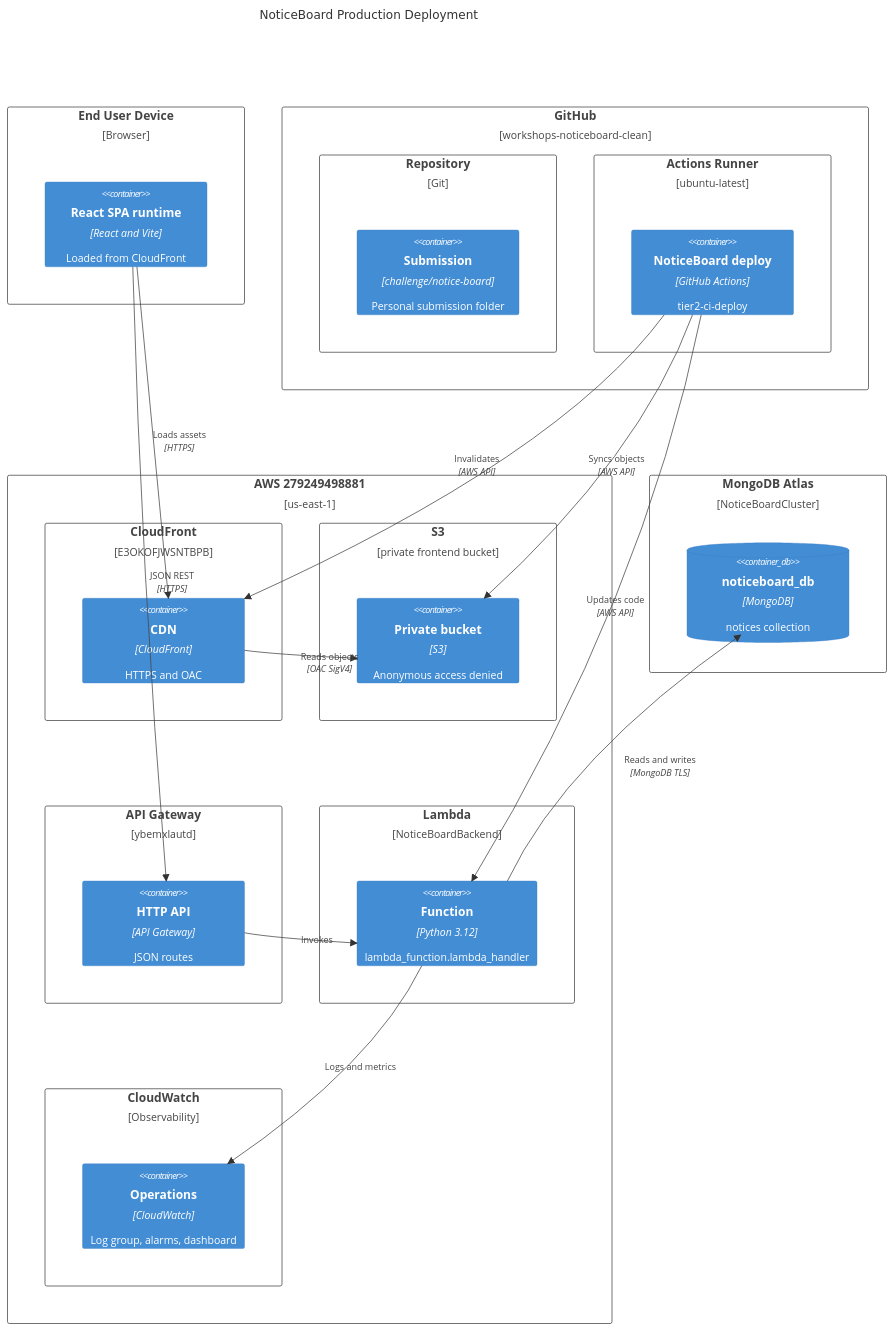
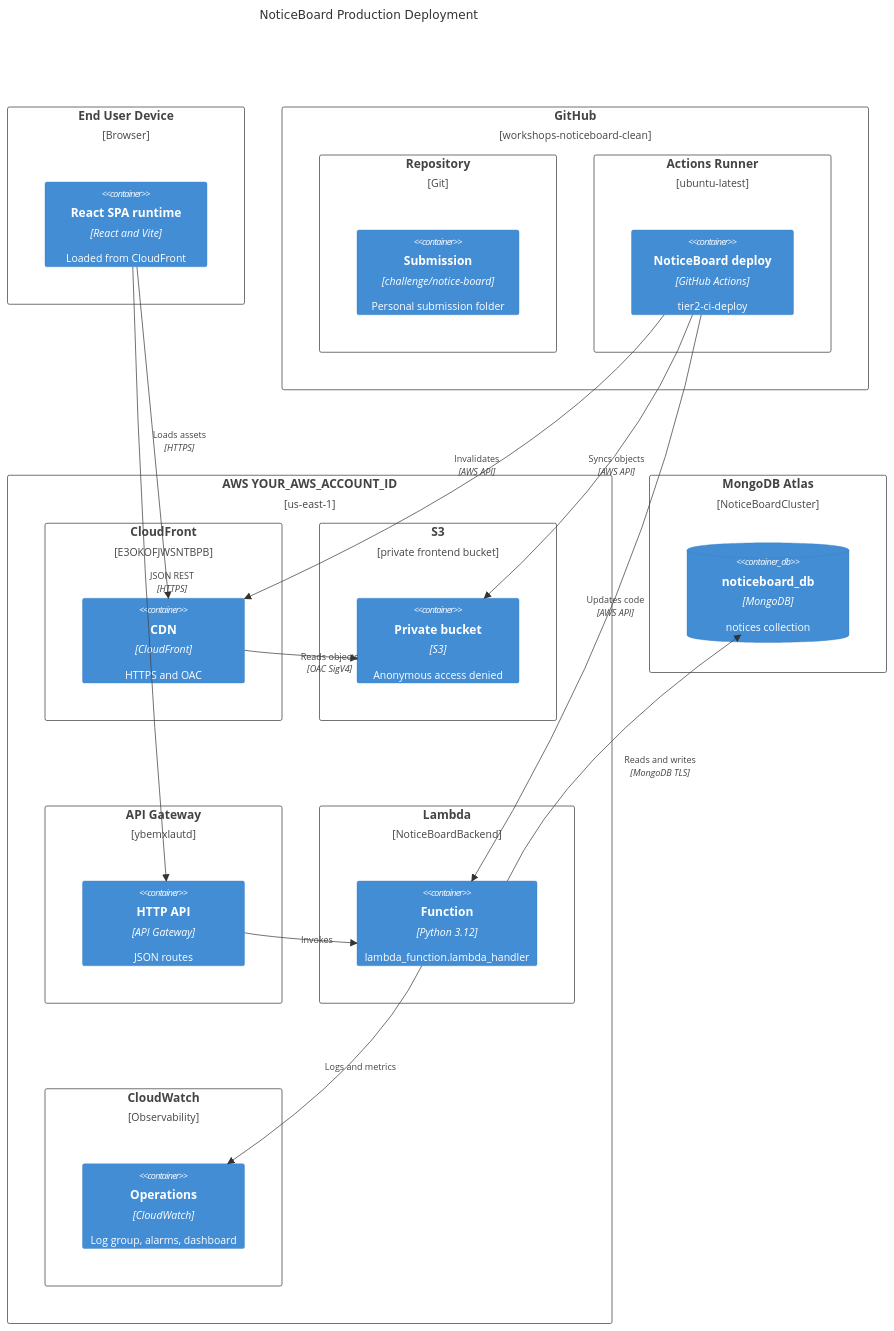
The fifth of 7 diagrams in workshops/fullstack-aws/projects/submissions/josvier-rodriguez/docs/architecture/C4_ARCHITECTURE.md (JosvierR/workshops-noticeboard-clean), drawn with Mermaid before and after one commit.

Commit message:
security: redact AWS account identifier from public docs/architecture/C4_ARCHITECTURE.md

````diff
--- a/workshops/fullstack-aws/projects/submissions/josvier-rodriguez/docs/architecture/C4_ARCHITECTURE.md
+++ b/workshops/fullstack-aws/projects/submissions/josvier-rodriguez/docs/architecture/C4_ARCHITECTURE.md
@@ -135,44 +135,44 @@
 ```mermaid
 C4Deployment
 title NoticeBoard Production Deployment
 Deployment_Node(device, "End User Device", "Browser") {
     Container(spa, "React SPA runtime", "React and Vite", "Loaded from CloudFront")
 }
 Deployment_Node(github, "GitHub", "workshops-noticeboard-clean") {
     Deployment_Node(repository, "Repository", "Git") {
         Container(source, "Submission", "challenge/notice-board", "Personal submission folder")
     }
     Deployment_Node(runner, "Actions Runner", "ubuntu-latest") {
         Container(workflow, "NoticeBoard deploy", "GitHub Actions", "tier2-ci-deploy")
     }
 }
-Deployment_Node(aws, "AWS 279249498881", "us-east-1") {
+Deployment_Node(aws, "AWS YOUR_AWS_ACCOUNT_ID", "us-east-1") {
     Deployment_Node(cfnode, "CloudFront", "E3OKOFJWSNTBPB") {
         Container(cloudfront, "CDN", "CloudFront", "HTTPS and OAC")
     }
     Deployment_Node(s3node, "S3", "private frontend bucket") {
         Container(bucket, "Private bucket", "S3", "Anonymous access denied")
     }
     Deployment_Node(apinode, "API Gateway", "ybemxlautd") {
         Container(api, "HTTP API", "API Gateway", "JSON routes")
     }
     Deployment_Node(lambdanode, "Lambda", "NoticeBoardBackend") {
         Container(function, "Function", "Python 3.12", "lambda_function.lambda_handler")
     }
     Deployment_Node(cwnode, "CloudWatch", "Observability") {
         Container(logs, "Operations", "CloudWatch", "Log group, alarms, dashboard")
     }
 }
 Deployment_Node(atlasnode, "MongoDB Atlas", "NoticeBoardCluster") {
     ContainerDb(database, "noticeboard_db", "MongoDB", "notices collection")
 }
 Rel(spa, cloudfront, "Loads assets", "HTTPS")
 Rel(cloudfront, bucket, "Reads objects", "OAC SigV4")
 Rel(spa, api, "JSON REST", "HTTPS")
 Rel(api, function, "Invokes")
 Rel(function, database, "Reads and writes", "MongoDB TLS")
 Rel(workflow, function, "Updates code", "AWS API")
 Rel(workflow, bucket, "Syncs objects", "AWS API")
 Rel(workflow, cloudfront, "Invalidates", "AWS API")
 Rel(function, logs, "Logs and metrics")
 ```
````
